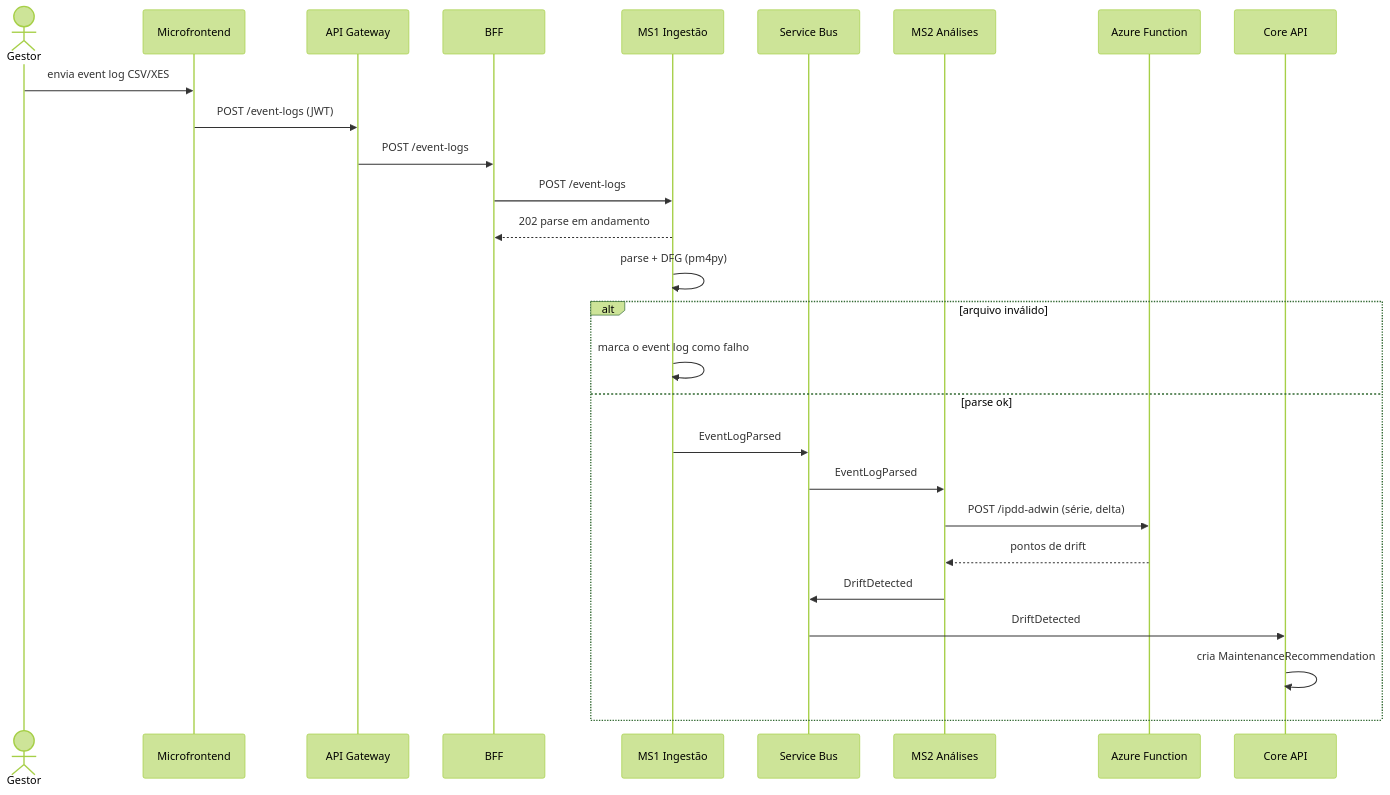
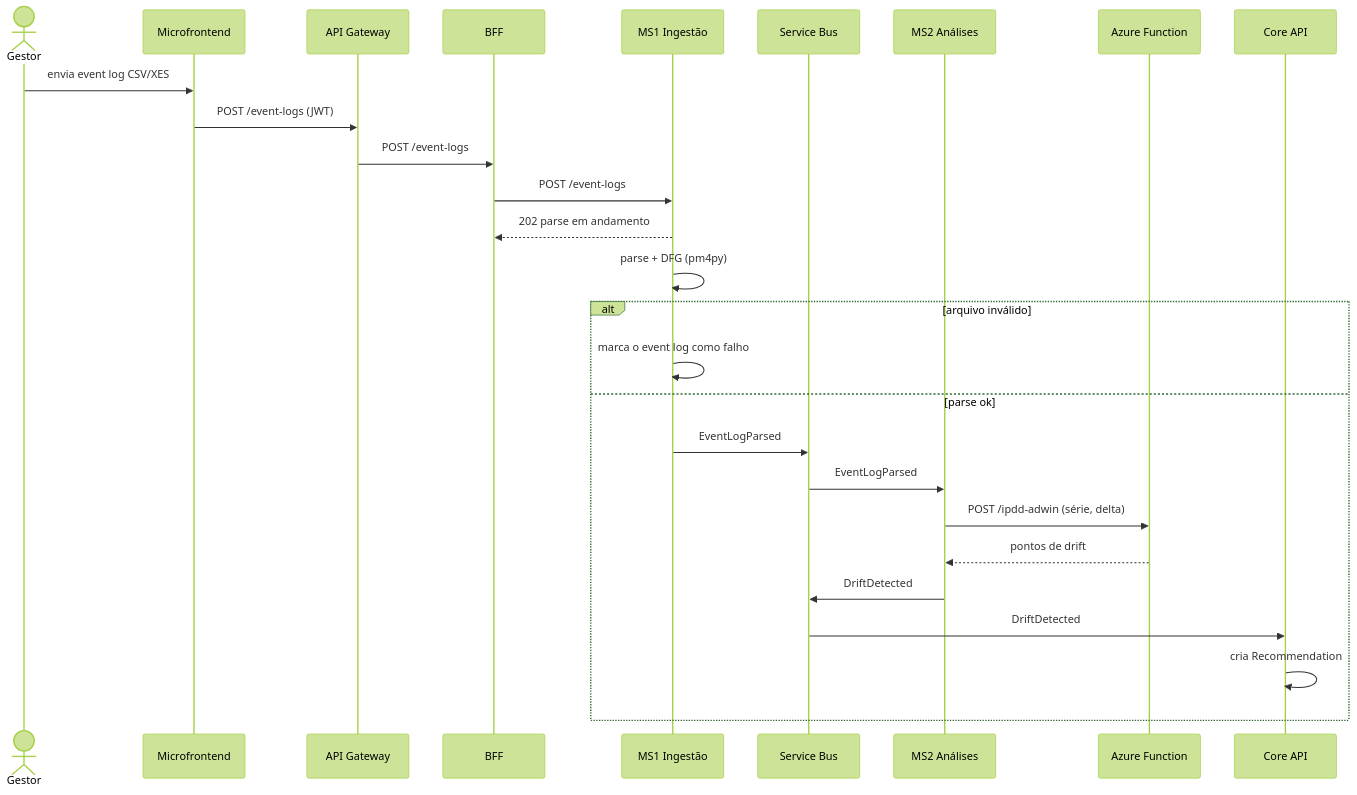
Before and after one commit to aland3r/deviante-docs: the ninth of 17 diagrams in architecture/arc42.md, drawn with Mermaid (forest theme). The commit also changed other lines of this file, not shown here.

First line of the commit message:
arc42 §1, §2, §5, §6, §8: Azure SQL serverless, máquinas e intervenções no lugar de equipamento e agenda, ER do Core com empresas e usuários

````diff
--- a/architecture/arc42.md
+++ b/architecture/arc42.md
@@ -783,29 +783,29 @@
 ```mermaid
 sequenceDiagram
     actor G as Gestor
     participant W as Microfrontend
     participant GW as API Gateway
     participant B as BFF
     participant M1 as MS1 Ingestão
     participant Q as Service Bus
     participant M2 as MS2 Análises
     participant F as Azure Function
     participant C as Core API
     G->>W: envia event log CSV/XES
     W->>GW: POST /event-logs (JWT)
     GW->>B: POST /event-logs
     B->>M1: POST /event-logs
     M1-->>B: 202 parse em andamento
     M1->>M1: parse + DFG (pm4py)
     alt arquivo inválido
         M1->>M1: marca o event log como falho
     else parse ok
     M1->>Q: EventLogParsed
     Q->>M2: EventLogParsed
     M2->>F: POST /ipdd-adwin (série, delta)
     F-->>M2: pontos de drift
     M2->>Q: DriftDetected
     Q->>C: DriftDetected
-    C->>C: cria MaintenanceRecommendation
+    C->>C: cria Recommendation
     end
 ```
````
